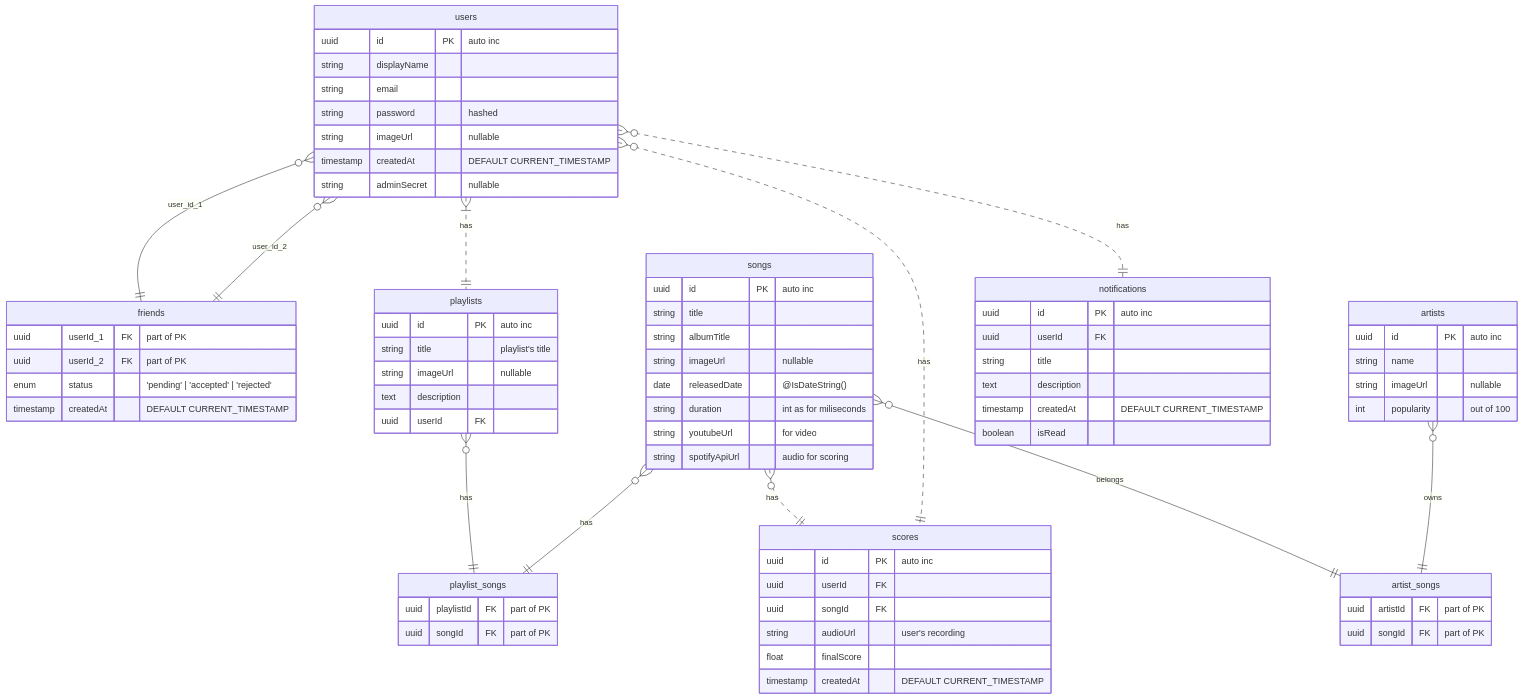
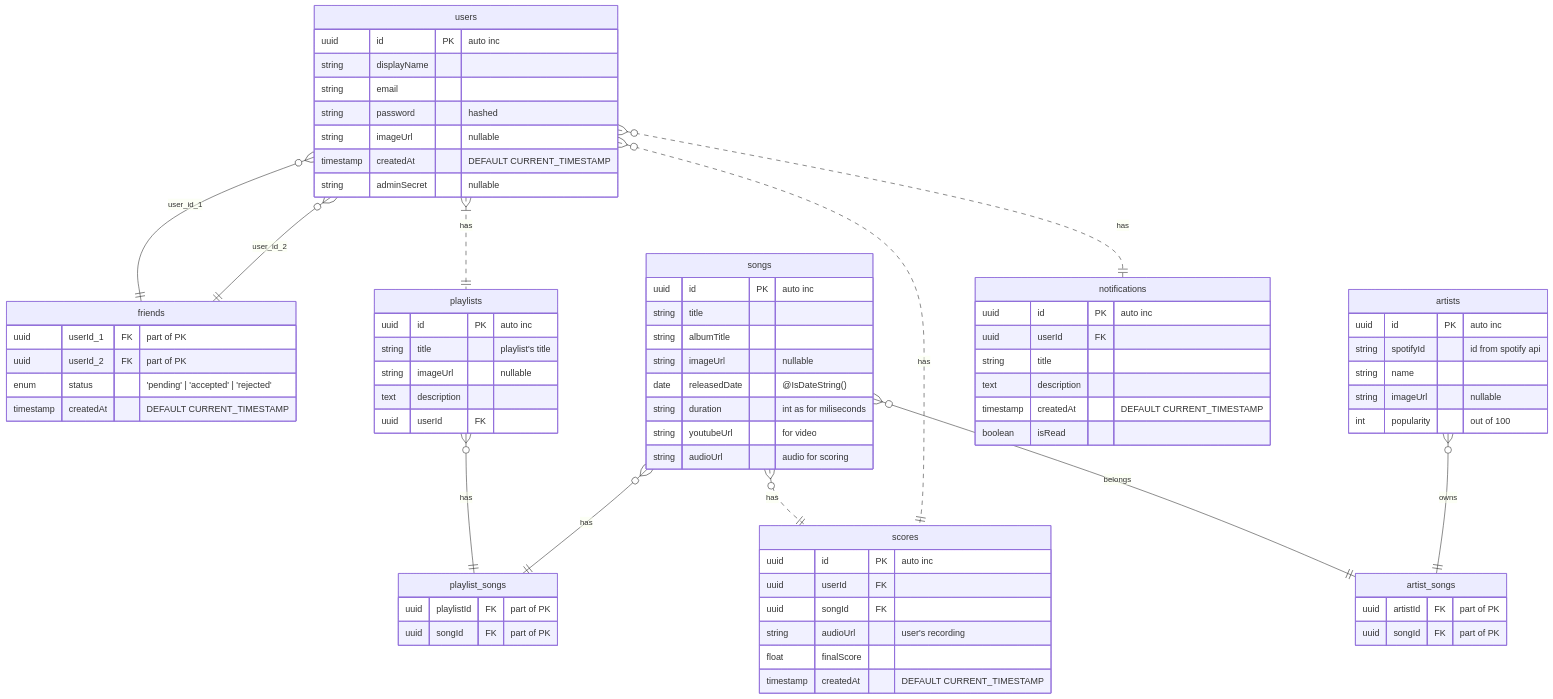
Before and after one commit to manoke-uit/.github: the first of 2 diagrams in README.md, drawn with Mermaid.

Commit message:
docs: update db schema

````diff
--- a/README.md
+++ b/README.md
@@ -2,77 +2,78 @@
 ``` mermaid
 erDiagram
     users {
         uuid id PK "auto inc"
         string displayName
         string email
         string password "hashed"
         string imageUrl "nullable"
         timestamp createdAt "DEFAULT CURRENT_TIMESTAMP"
         string adminSecret "nullable"
     }
     friends {
         uuid userId_1 FK "part of PK"
         uuid userId_2 FK "part of PK"
         enum status "'pending' | 'accepted' | 'rejected'"
         timestamp createdAt "DEFAULT CURRENT_TIMESTAMP"
     }
     songs {
         uuid id PK "auto inc"
         string title
         string albumTitle
         string imageUrl "nullable"
         date releasedDate "@IsDateString()"
         string duration "int as for miliseconds" 
         string youtubeUrl "for video"
-        string spotifyApiUrl "audio for scoring"
+        string audioUrl "audio for scoring"
     }
     playlists {
         uuid id PK "auto inc"
         string title "playlist's title"
         string imageUrl "nullable"
         text description
         uuid userId FK
     }
     playlist_songs {
         uuid playlistId FK "part of PK"
         uuid songId FK "part of PK"
     }
     artists {
         uuid id PK "auto inc"
+        string spotifyId "id from spotify api"
         string name
         string imageUrl "nullable"
         int popularity "out of 100"
     }
     artist_songs {
         uuid artistId FK "part of PK"
         uuid songId FK "part of PK"
     }
     scores {
         uuid id PK "auto inc"
         uuid userId FK
         uuid songId FK
         string audioUrl "user's recording"
         float finalScore
         timestamp createdAt "DEFAULT CURRENT_TIMESTAMP"
     }
     notifications {
         uuid id PK "auto inc"
         uuid userId FK
         string title
         text description
         timestamp createdAt "DEFAULT CURRENT_TIMESTAMP"
         boolean isRead
     }
     
     songs }o--|| artist_songs: belongs
     users }o..|| notifications: has
     users }o--|| friends: user_id_1
     users }o--|| friends: user_id_2
     users }|..|| playlists: has
     songs }o..|| scores: has
     users }o..|| scores: has
     playlists }o--|| playlist_songs: has
     songs }o--|| playlist_songs: has
     artists }o--|| artist_songs: owns
     
 ```
````
